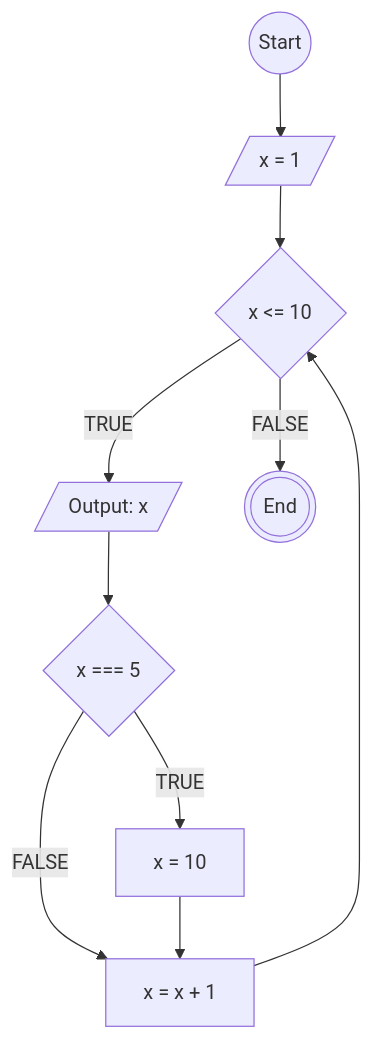
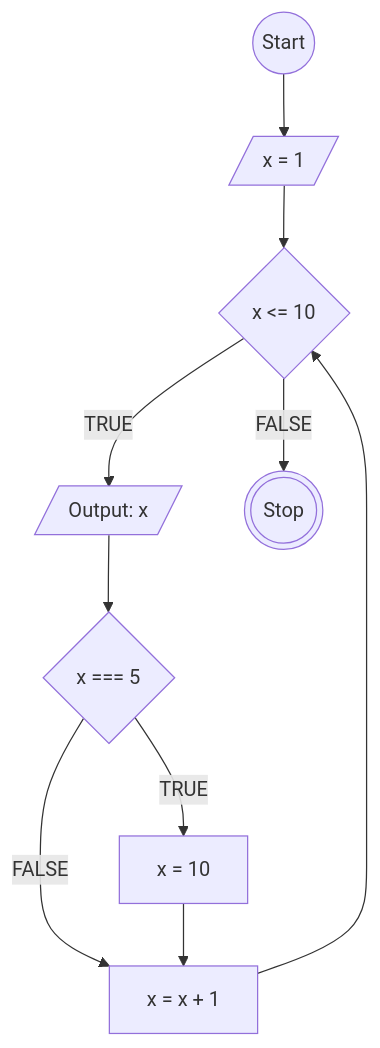
The diagram in flowchart-loop.md (makarim22/koda-b6-javascript1), drawn with Mermaid before and after one commit. The commit also changed other lines of this file, not shown here.

````diff
--- a/flowchart-loop.md
+++ b/flowchart-loop.md
@@ -2,30 +2,30 @@
 ```mermaid
 flowchart TD
 
 A@{ shape: circle, label: "Start" } --> B
 
 B@{ shape: lean-r, label: "x = 1" } --> C
 
 C@{ shape: diamond, label: "x <= 10" }
 
 D@{ shape: lean-r, label: "Output: x" }
 
 E@{ shape: diamond, label: "x === 5" }
 
 F@{ shape: rect, label: "x = 10" }
 
 G@{ shape: rect, label: "x = x + 1" }
 
-H@{ shape: dbl-circ, label: "End" }
+H@{ shape: dbl-circ, label: "Stop" }
 
 C -->|TRUE| D
 C -->|FALSE| H
 
 D --> E
 
 E -- "TRUE" --> F
 E -- "FALSE" --> G
 
 F --> G
 G --> C
 ```
````
